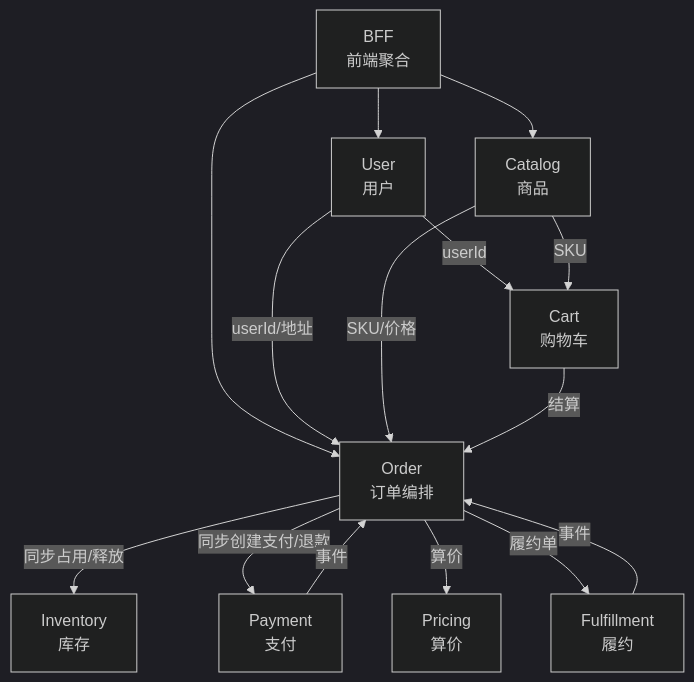
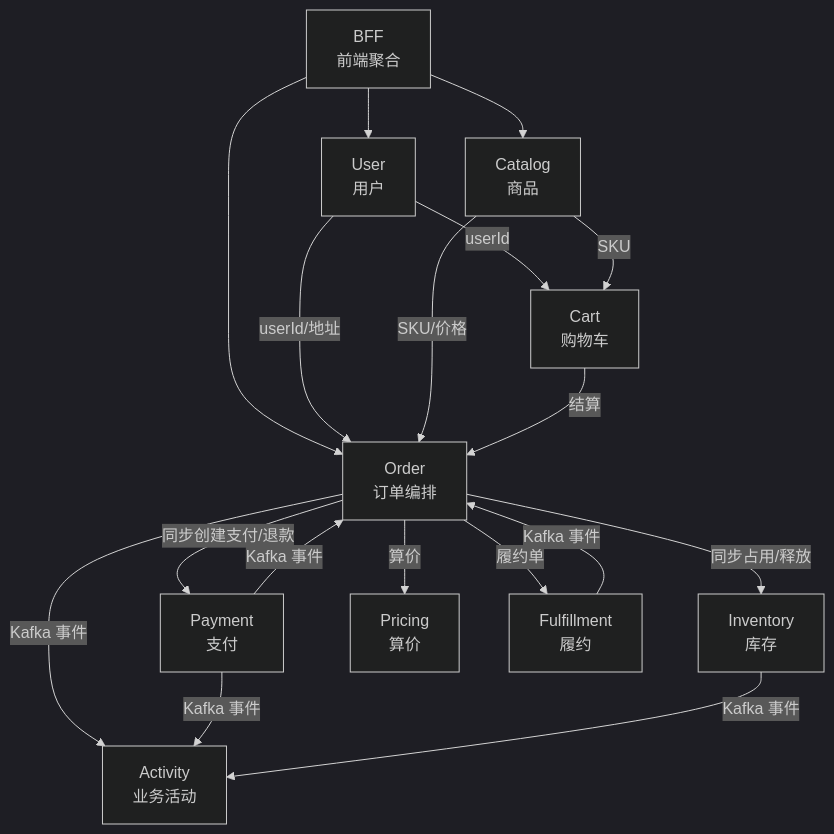
One commit to mianhe/HMall changed the first of 2 diagrams in docs/context-map.md. Above: the diagram before and after it, drawn with Mermaid (dark theme). The commit also changed other lines of this file and 139 other files, not shown here.

First line of the commit message:
Payment & Activity BC 阶段完成；事件驱动全面切 Kafka；支付失败不取消订单

````diff
--- a/docs/context-map.md
+++ b/docs/context-map.md
@@ -19,27 +19,31 @@
 ```mermaid
 flowchart TB
-    BFF[BFF\n前端聚合]
-    Catalog[Catalog\n商品]
-    User[User\n用户]
-    Cart[Cart\n购物车]
-    Order[Order\n订单编排]
-    Inventory[Inventory\n库存]
-    Payment[Payment\n支付]
-    Pricing[Pricing\n算价]
-    Fulfillment[Fulfillment\n履约]
+    BFF[BFF<br/>前端聚合]
+    Catalog[Catalog<br/>商品]
+    User[User<br/>用户]
+    Cart[Cart<br/>购物车]
+    Order[Order<br/>订单编排]
+    Inventory[Inventory<br/>库存]
+    Payment[Payment<br/>支付]
+    Pricing[Pricing<br/>算价]
+    Fulfillment[Fulfillment<br/>履约]
+    Activity[Activity<br/>业务活动]
 
     BFF --> Catalog
     BFF --> User
     BFF --> Order
     User -->|userId/地址| Order
     Catalog -->|SKU/价格| Order
     User -->|userId| Cart
     Catalog -->|SKU| Cart
     Cart -->|结算| Order
     Order -->|同步占用/释放| Inventory
     Order -->|同步创建支付/退款| Payment
     Order -->|算价| Pricing
     Order -->|履约单| Fulfillment
-    Payment -->|事件| Order
-    Fulfillment -->|事件| Order
+    Payment -->|Kafka 事件| Order
+    Fulfillment -->|Kafka 事件| Order
+    Order -->|Kafka 事件| Activity
+    Payment -->|Kafka 事件| Activity
+    Inventory -->|Kafka 事件| Activity
 ```
````
